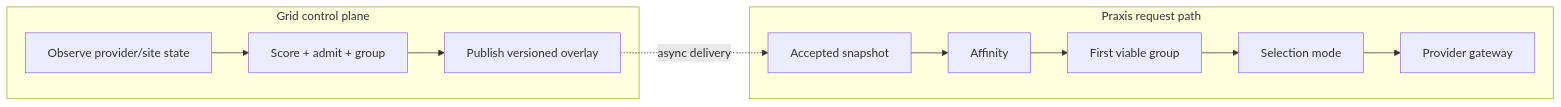
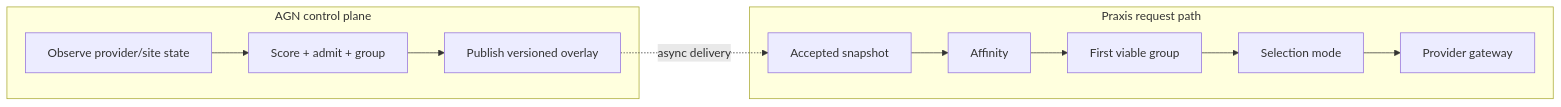
Diagram 11 of 11 in docs/routing.md (nerdalert/grid), drawn with Mermaid before and after one commit. The commit also changed other lines of this file and 44 other files, not shown here.

````diff
--- a/docs/routing.md
+++ b/docs/routing.md
@@ -1114,20 +1114,20 @@
 ```mermaid
 flowchart LR
-    subgraph Control["Grid control plane"]
+    subgraph Control["AGN control plane"]
         Observe["Observe provider/site state"]
         Score["Score + admit + group"]
         Publish["Publish versioned overlay"]
         Observe --> Score --> Publish
     end
 
     subgraph Data["Praxis request path"]
         Load["Accepted snapshot"]
         Affinity["Affinity"]
         Group["First viable group"]
         Select["Selection mode"]
         Forward["Provider gateway"]
         Load --> Affinity --> Group --> Select --> Forward
     end
 
     Publish -. "async delivery" .-> Load
 ```
````
